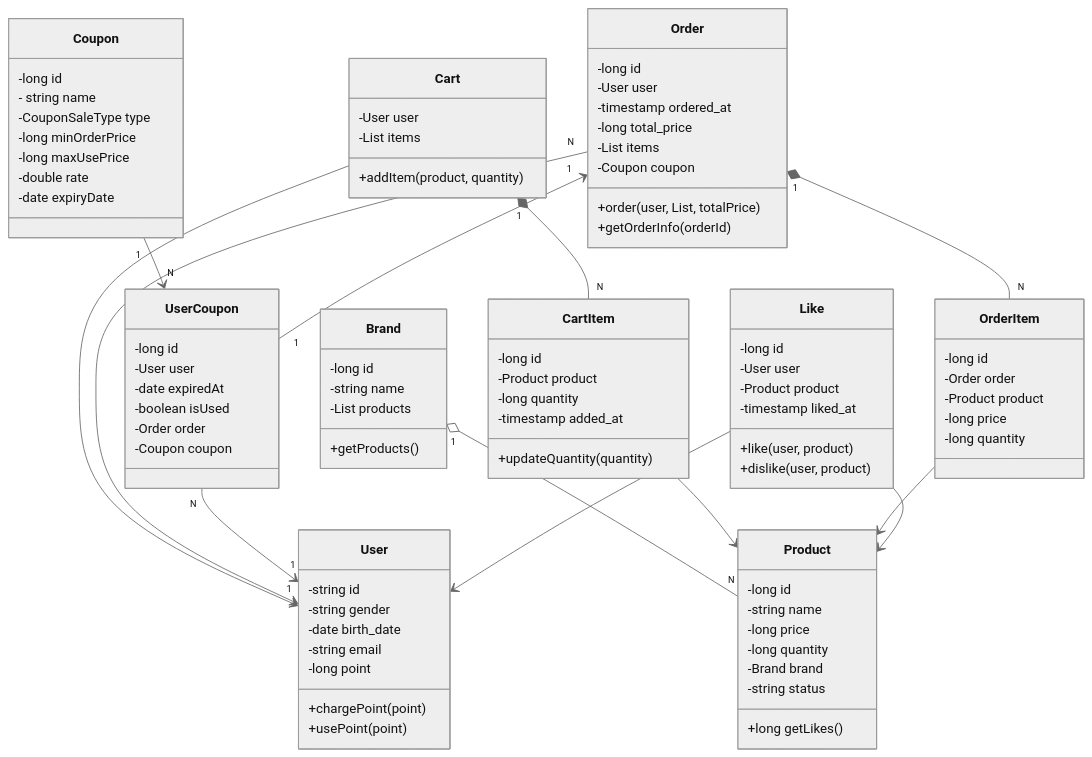
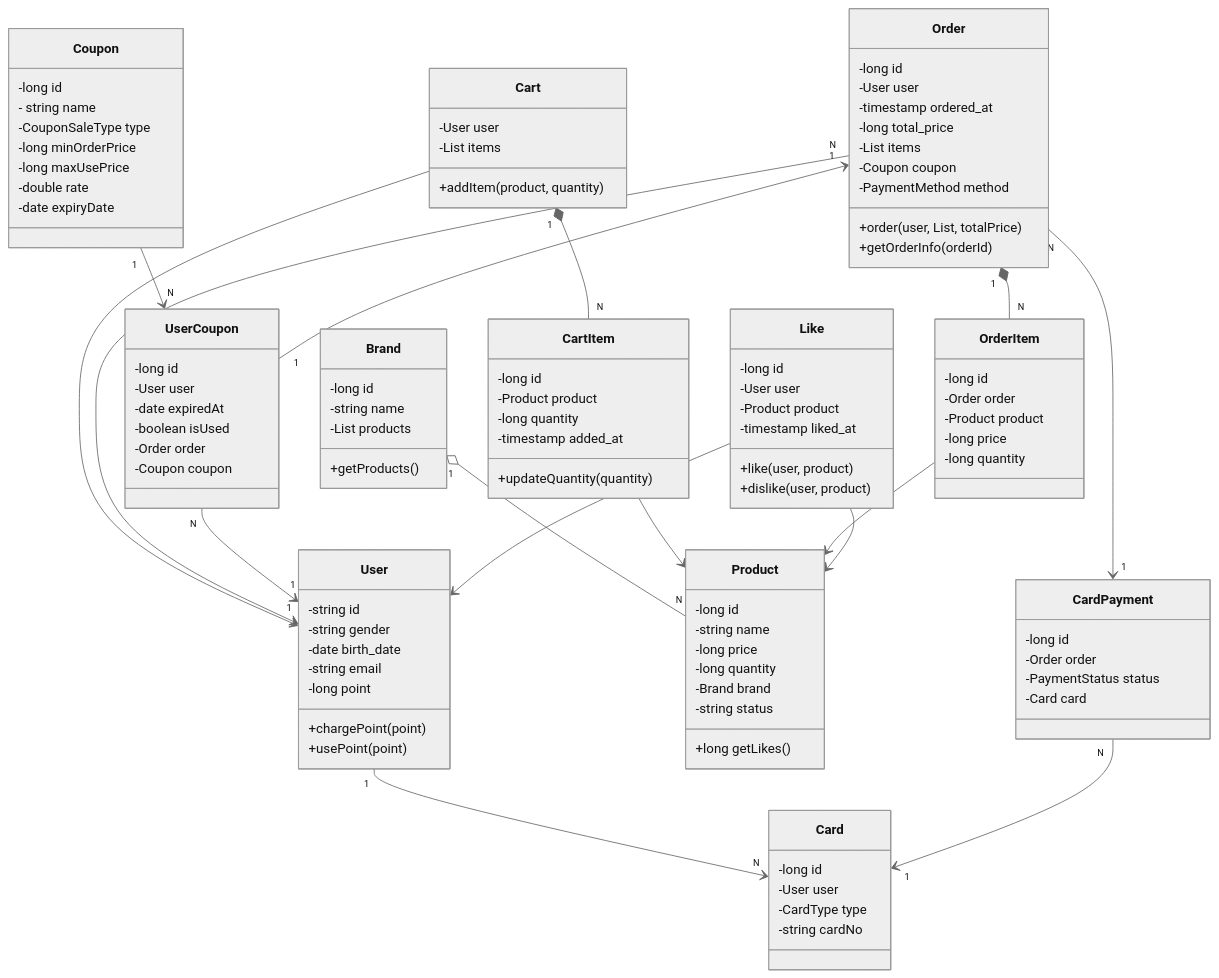
One commit to soyeonnnb/loopers-java-template changed the diagram in docs/design/03-class-diagram.md. Above: the diagram before and after it, drawn with Mermaid (neutral theme). The commit also changed 4 other files, not shown here.

```diff
--- a/docs/design/03-class-diagram.md
+++ b/docs/design/03-class-diagram.md
@@ -58,6 +58,7 @@
 		-long total_price
 		-List<OrderItems> items
 		-Coupon coupon
+		-PaymentMethod method
 		+order(user, List<Product>, totalPrice)
 		+getOrderInfo(orderId)
 	}
@@ -93,6 +94,20 @@
 		+dislike(user, product)
 	}
 
+	class CardPayment {
+		-long id
+		-Order order
+		-PaymentStatus status
+		-Card card
+	}
+
+	class Card {
+		-long id
+		-User user
+		-CardType type
+		-string cardNo
+	}
+
 	%% Product
 	Brand "1" o-- "N" Product
 	Cart "1" *-- "N" CartItem
@@ -106,6 +121,10 @@
 	Coupon "1" --> "N" UserCoupon
 	UserCoupon "N" --> "1" User
 	Order "1" <-- "1" UserCoupon
+	Order "N" --> "1" CardPayment
+
+	User "1" --> "N" Card
+	CardPayment "N" --> "1" Card
 
 
 	%% Like
```
